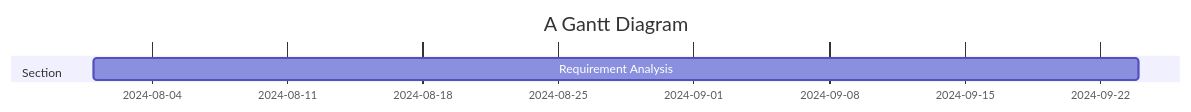
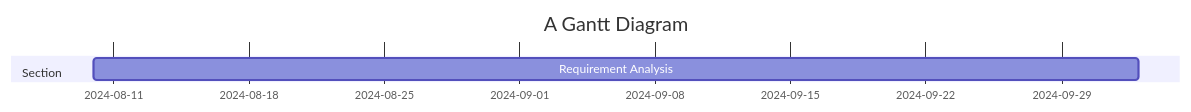
Before and after one commit to sayshelley/iodraw-files: the diagram in all/Code Gantt Chart.md, drawn with Mermaid.

Commit message:
2024-10-04 15:43:01 update

````diff
--- a/all/Code Gantt Chart.md
+++ b/all/Code Gantt Chart.md
@@ -1,11 +1,11 @@
 ```mermaid
 gantt
     title A Gantt Diagram
     dateFormat  YYYY-MM-DD
     section Section
-    Requirement Analysis        :a1, 2024-08-01, 54d
+    Requirement Analysis        :a1, 2024-08-10, 54d
     
 
 
    
 ```
````
